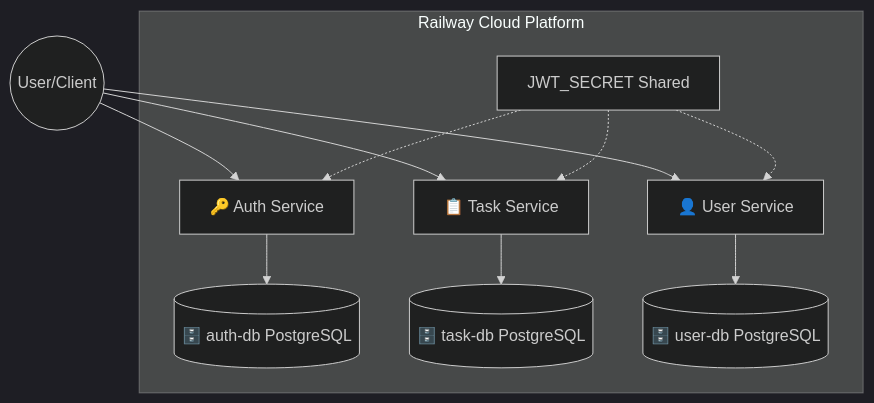
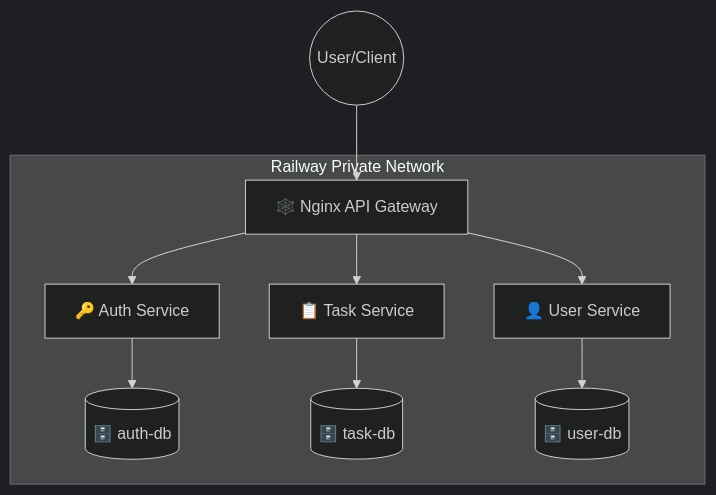
Before and after one commit to Zag5A6167/engce301-final-lab2-675432060050-675432060688: the diagram in README.md, drawn with Mermaid (dark theme). The commit also changed other lines of this file and 2 other files, not shown here.

Commit message:
feat: Add Nginx API Gateway

````diff
--- a/README.md
+++ b/README.md
@@ -19,16 +20,14 @@
 ```mermaid
 graph TD
-    User((User/Client)) --> Auth[🔑 Auth Service]
-    User --> Task[📋 Task Service]
-    User --> Profile[👤 User Service]
-
-    subgraph "Railway Cloud Platform"
-        Auth --> AuthDB[(🗄️ auth-db PostgreSQL)]
-        Task --> TaskDB[(🗄️ task-db PostgreSQL)]
-        Profile --> UserDB[(🗄️ user-db PostgreSQL)]
+    User((User/Client)) --> GW[🕸️ Nginx API Gateway]
+    
+    subgraph "Railway Private Network"
+        GW --> Auth[🔑 Auth Service]
+        GW --> Task[📋 Task Service]
+        GW --> Profile[👤 User Service]
         
-        Note[JWT_SECRET Shared] -.-> Auth
-        Note -.-> Task
-        Note -.-> Profile
+        Auth --> AuthDB[(🗄️ auth-db)]
+        Task --> TaskDB[(🗄️ task-db)]
+        Profile --> UserDB[(🗄️ user-db)]
     end
 ```
````
